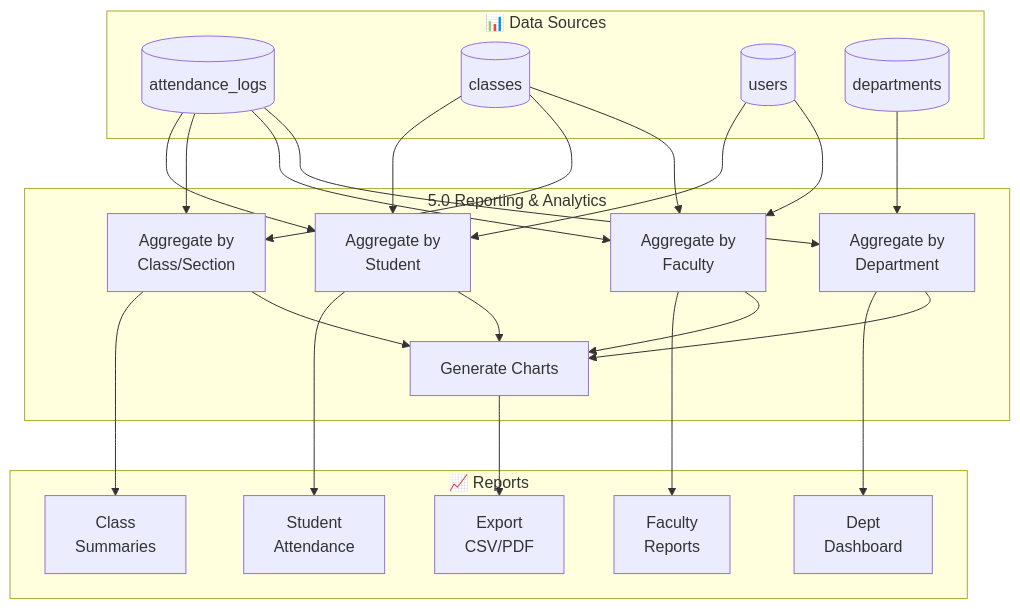
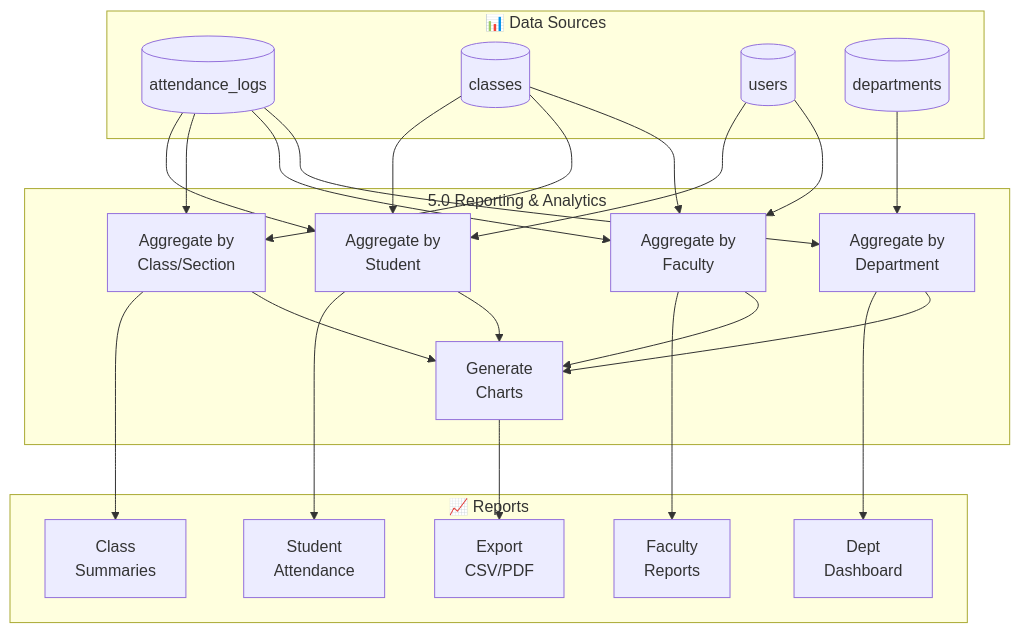
Before and after one commit to EannMon/FRAMESCAPSTONE: diagram 11 of 14 in documentation/database/FRAMES_Data_Flow_Diagram.md, drawn with Mermaid. The commit also changed other lines of this file and 1 other file, not shown here.

````diff
--- a/documentation/database/FRAMES_Data_Flow_Diagram.md
+++ b/documentation/database/FRAMES_Data_Flow_Diagram.md
@@ -368,31 +455,45 @@
 ```mermaid
 flowchart TB
     subgraph INPUT["📊 Data Sources"]
         D1[("attendance_logs")]
         D2[("classes")]
         D3[("users")]
         D4[("departments")]
     end
 
     subgraph PROCESS["5.0 Reporting & Analytics"]
-        B1["Aggregate by\nStudent"]
-        B2["Aggregate by\nClass/Section"]
-        B3["Aggregate by\nFaculty"]
-        B4["Aggregate by\nDepartment"]
-        B5["Generate Charts"]
+        B1["Aggregate by<br/>Student"]
+        B2["Aggregate by<br/>Class/Section"]
+        B3["Aggregate by<br/>Faculty"]
+        B4["Aggregate by<br/>Department"]
+        B5["Generate<br/>Charts"]
     end
 
     subgraph OUTPUT["📈 Reports"]
-        C1["Student\nAttendance"]
-        C2["Class\nSummaries"]
-        C3["Faculty\nReports"]
-        C4["Dept\nDashboard"]
-        C5["Export\nCSV/PDF"]
+        C1["Student<br/>Attendance"]
+        C2["Class<br/>Summaries"]
+        C3["Faculty<br/>Reports"]
+        C4["Dept<br/>Dashboard"]
+        C5["Export<br/>CSV/PDF"]
     end
 
-    D1 & D2 & D3 --> B1 --> C1
-    D1 & D2 --> B2 --> C2
-    D1 & D2 & D3 --> B3 --> C3
-    D1 & D4 --> B4 --> C4
-    B1 & B2 & B3 & B4 --> B5 --> C5
+    D1 --> B1 --> C1
+    D2 --> B1
+    D3 --> B1
+    
+    D1 --> B2 --> C2
+    D2 --> B2
+    
+    D1 --> B3 --> C3
+    D2 --> B3
+    D3 --> B3
+    
+    D1 --> B4 --> C4
+    D4 --> B4
+    
+    B1 --> B5
+    B2 --> B5
+    B3 --> B5
+    B4 --> B5
+    B5 --> C5
 ```
````
